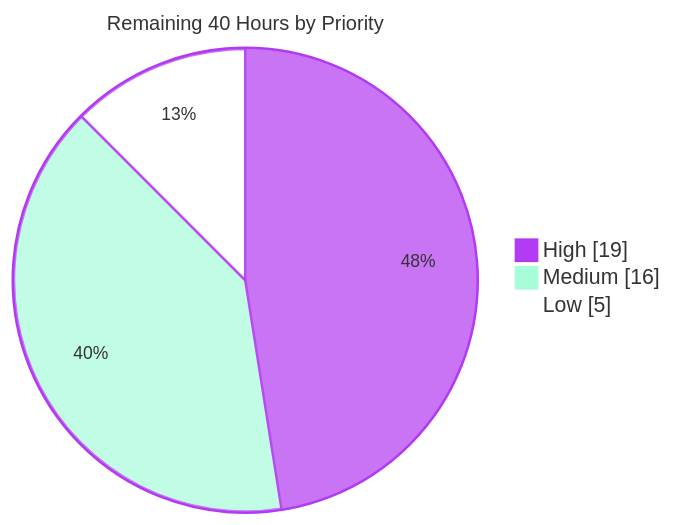
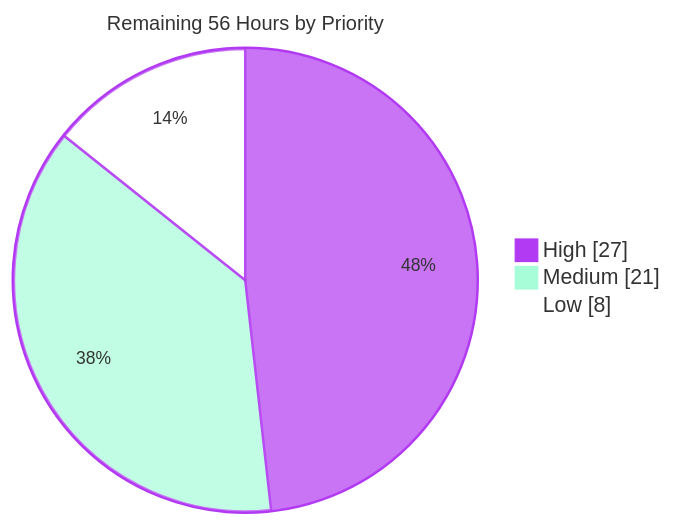
One commit to Blitzy-Sandbox/blitzy-ArkCase changed the third of 3 diagrams in blitzy/documentation/Project Guide.md. Above: the diagram before and after it, drawn with Mermaid. The commit also changed other lines of this file, not shown here.

Commit message:
Adding Blitzy Project Guide: Project Status and Human Tasks Remaining

````diff
--- a/blitzy/documentation/Project Guide.md
+++ b/blitzy/documentation/Project Guide.md
@@ -281,8 +267,8 @@
 ```mermaid
 %%{init: {'theme':'base', 'themeVariables': {'pie1':'#B23AF2','pie2':'#A8FDD9','pie3':'#FFFFFF','pieStrokeColor':'#B23AF2','pieStrokeWidth':'2px','pieOuterStrokeColor':'#B23AF2','pieTitleTextSize':'16px','pieSectionTextSize':'14px'}}}%%
 pie showData
-    title Remaining 40 Hours by Priority
-    "High" : 19
-    "Medium" : 16
-    "Low" : 5
+    title Remaining 56 Hours by Priority
+    "High" : 27
+    "Medium" : 21
+    "Low" : 8
 ```
````
